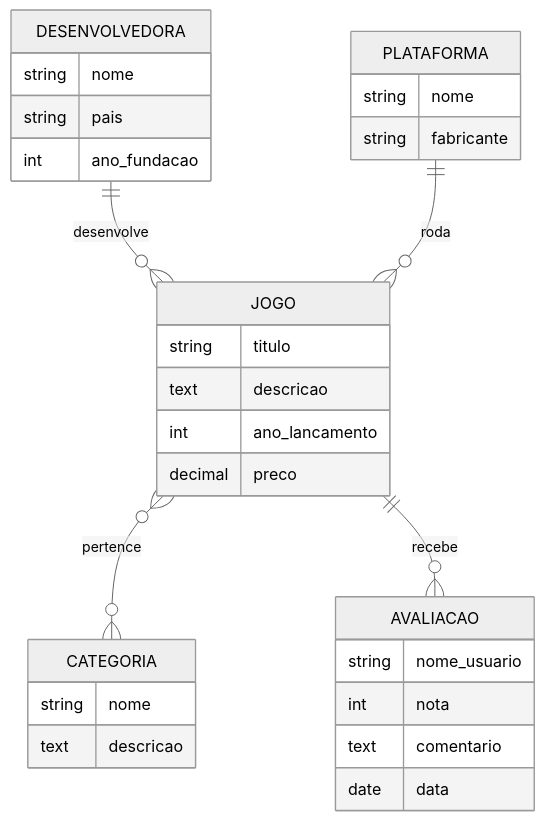
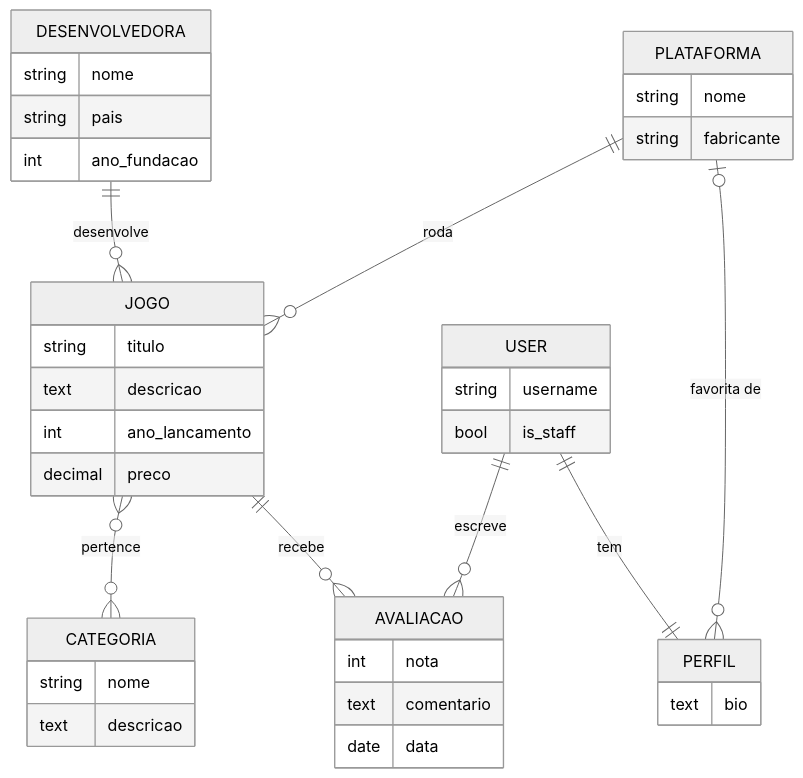
Before and after one commit to nicolasdosantos/GamesDjango: the diagram in README.md, drawn with Mermaid (neutral theme). The commit also changed other lines of this file and 24 other files, not shown here.

Commit message:
Perfil 1:1, avaliação ligada ao usuário, filtros de pesquisa, views em classe e níveis admin/user

````diff
--- a/README.md
+++ b/README.md
@@ -52,33 +67,42 @@
 ```mermaid
 erDiagram
     DESENVOLVEDORA ||--o{ JOGO : "desenvolve"
     PLATAFORMA ||--o{ JOGO : "roda"
     JOGO }o--o{ CATEGORIA : "pertence"
     JOGO ||--o{ AVALIACAO : "recebe"
+    USER ||--o{ AVALIACAO : "escreve"
+    USER ||--|| PERFIL : "tem"
+    PLATAFORMA |o--o{ PERFIL : "favorita de"
 
     DESENVOLVEDORA {
         string nome
         string pais
         int ano_fundacao
     }
     PLATAFORMA {
         string nome
         string fabricante
     }
     CATEGORIA {
         string nome
         text descricao
     }
     JOGO {
         string titulo
         text descricao
         int ano_lancamento
         decimal preco
     }
+    USER {
+        string username
+        bool is_staff
+    }
+    PERFIL {
+        text bio
+    }
     AVALIACAO {
-        string nome_usuario
         int nota
         text comentario
         date data
     }
 ```
````
